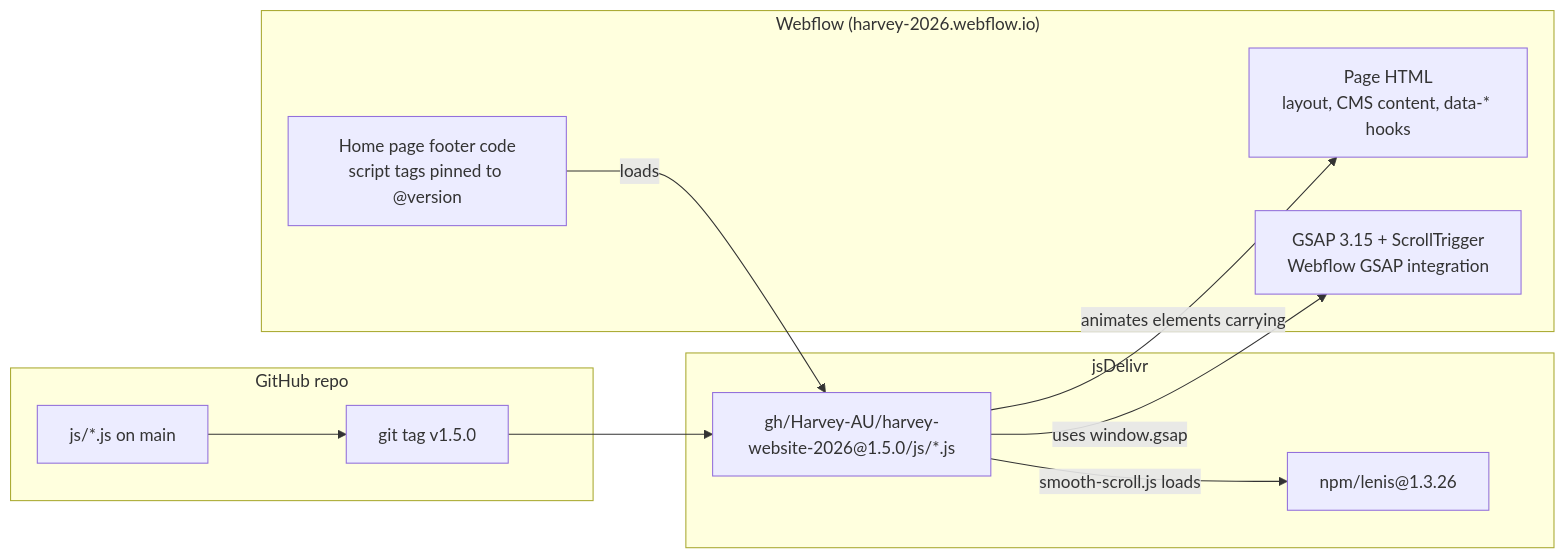
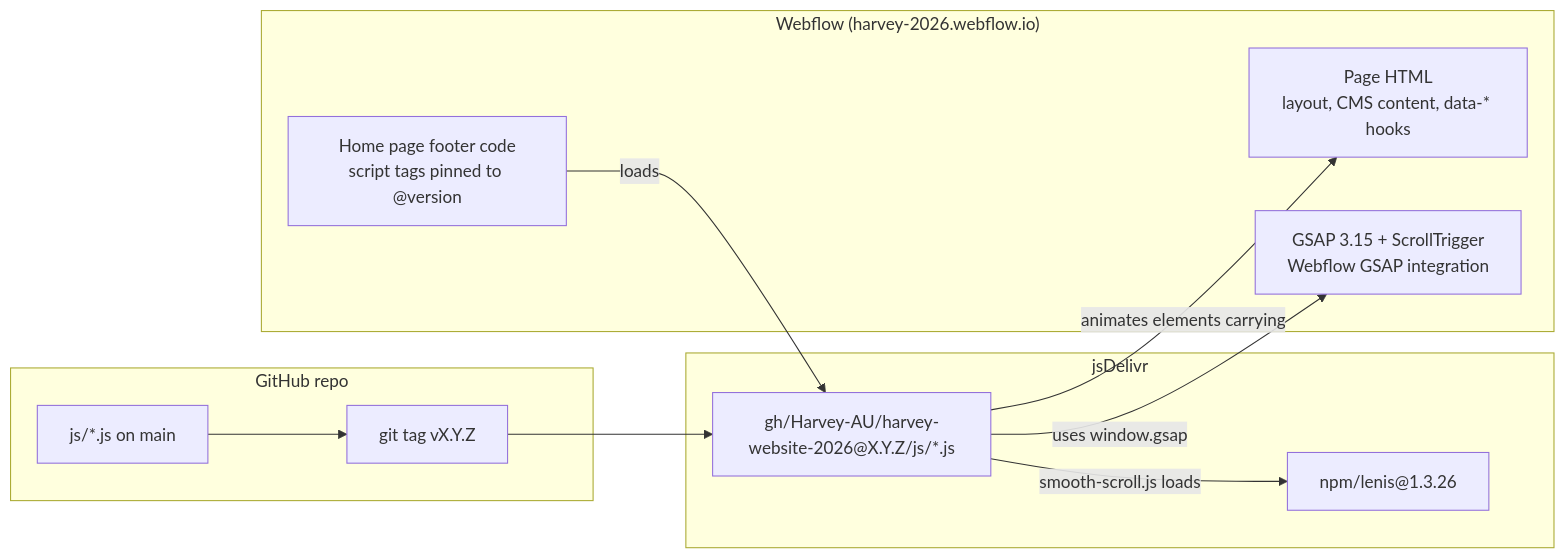
Before and after one commit to Harvey-AU/harvey-website-2026: the first of 4 diagrams in docs/ARCHITECTURE.md, drawn with Mermaid. The commit also changed other lines of this file and 16 other files, not shown here.

````diff
--- a/docs/ARCHITECTURE.md
+++ b/docs/ARCHITECTURE.md
@@ -11,24 +11,24 @@
 ```mermaid
 flowchart LR
   subgraph Webflow["Webflow (harvey-2026.webflow.io)"]
     HTML["Page HTML<br/>layout, CMS content, data-* hooks"]
     GSAP["GSAP 3.15 + ScrollTrigger<br/>Webflow GSAP integration"]
     Footer["Home page footer code<br/>script tags pinned to @version"]
   end
 
   subgraph CDN["jsDelivr"]
-    Tag["gh/Harvey-AU/harvey-website-2026#64;1.5.0/js/*.js"]
+    Tag["gh/Harvey-AU/harvey-website-2026#64;X.Y.Z/js/*.js"]
     LenisLib["npm/lenis#64;1.3.26"]
   end
 
   subgraph Repo["GitHub repo"]
     Src["js/*.js on main"]
-    GitTag["git tag v1.5.0"]
+    GitTag["git tag vX.Y.Z"]
   end
 
   Src --> GitTag --> Tag
   Footer -- "loads" --> Tag
   Tag -- "smooth-scroll.js loads" --> LenisLib
   Tag -- "animates elements carrying" --> HTML
   Tag -- "uses window.gsap" --> GSAP
 ```
````
